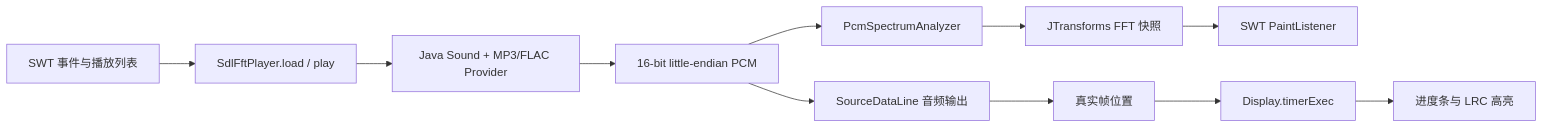
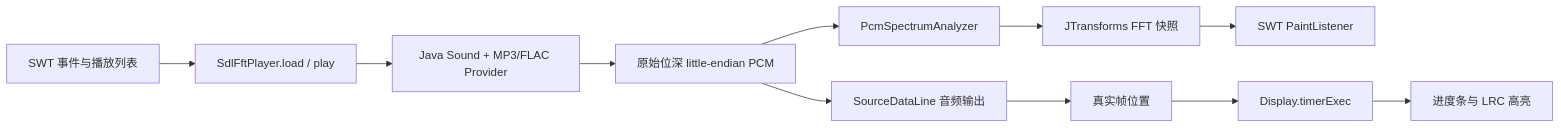
One commit to xuhyacinth/MusicPlayer changed the diagram in README.md. Above: the diagram before and after it, drawn with Mermaid. The commit also changed other lines of this file and 25 other files, not shown here.

````diff
--- a/README.md
+++ b/README.md
@@ -85,13 +85,13 @@
 ```mermaid
 flowchart LR
     UI["SWT 事件与播放列表"] --> Player["SdlFftPlayer.load / play"]
     Player --> Decode["Java Sound + MP3/FLAC Provider"]
-    Decode --> PCM["16-bit little-endian PCM"]
+    Decode --> PCM["原始位深 little-endian PCM"]
     PCM --> Line["SourceDataLine 音频输出"]
     PCM --> Analyzer["PcmSpectrumAnalyzer"]
     Analyzer --> FFT["JTransforms FFT 快照"]
     FFT --> Paint["SWT PaintListener"]
     Line --> Position["真实帧位置"]
     Position --> Timer["Display.timerExec"]
     Timer --> Progress["进度条与 LRC 高亮"]
 ```
````
